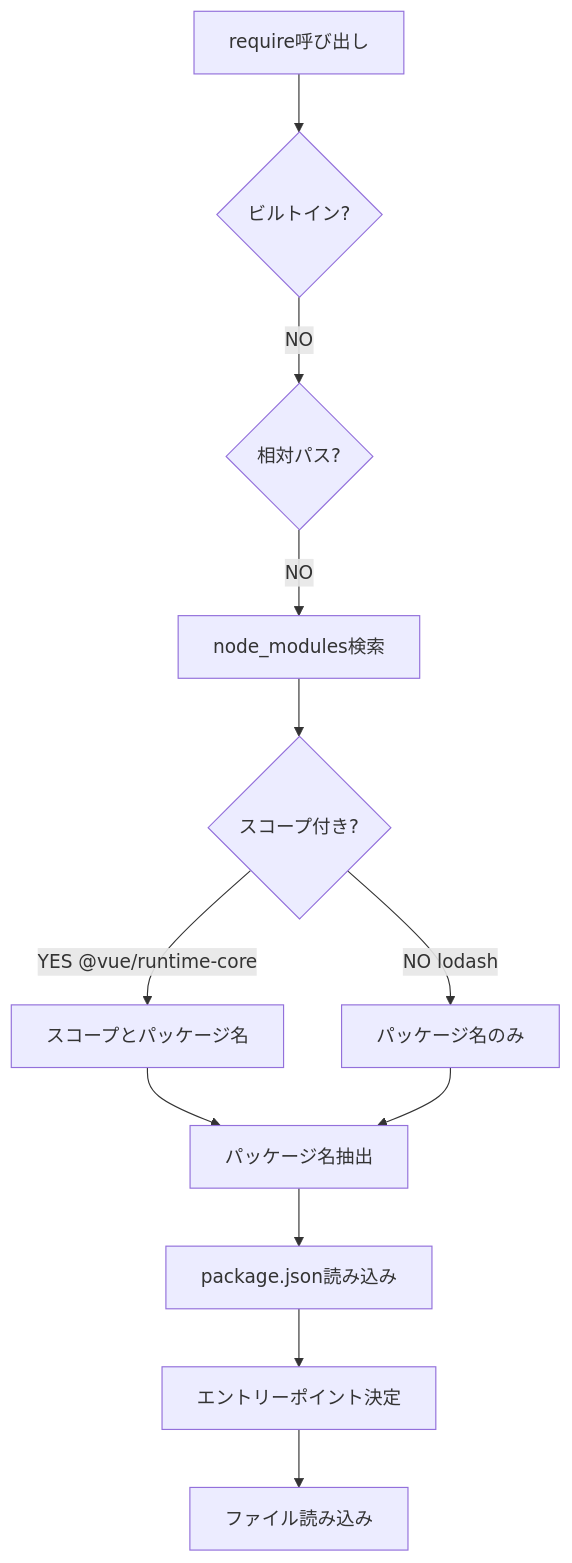
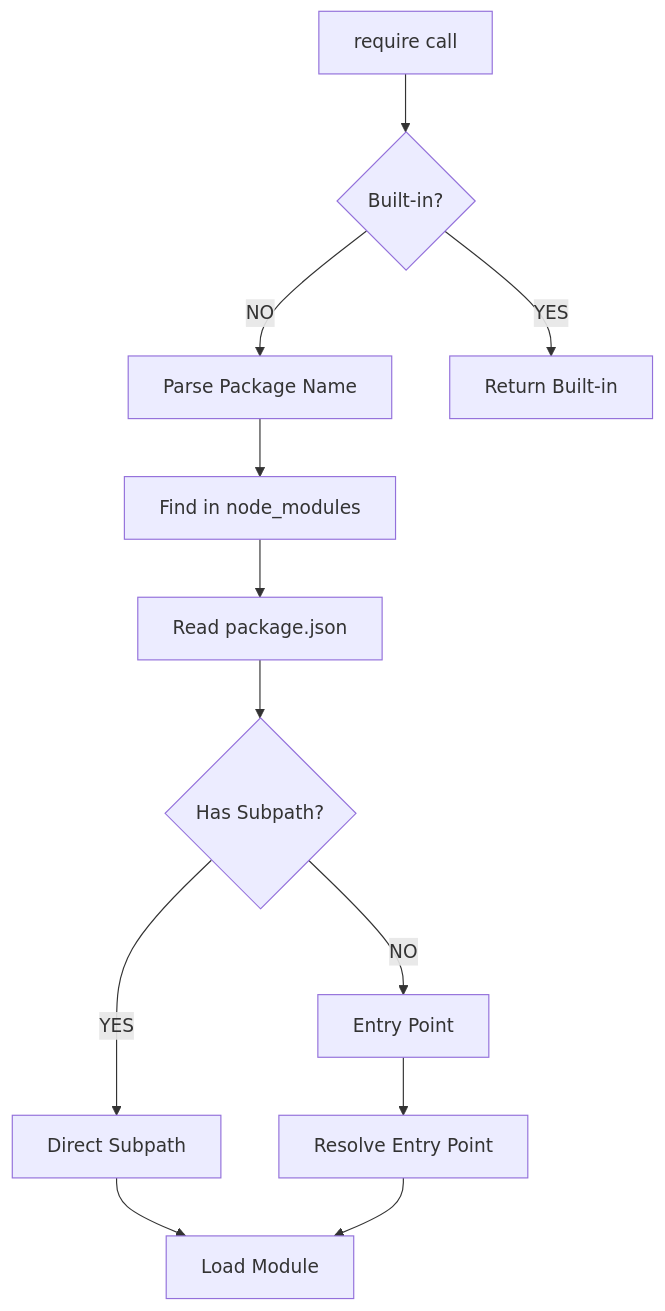
Diagram 11 of 12 in docs/NODE-RUNTIME.md (Stasshe/Pyxis-CodeCanvas), drawn with Mermaid before and after one commit. The commit also changed other lines of this file, not shown here.

````diff
--- a/docs/NODE-RUNTIME.md
+++ b/docs/NODE-RUNTIME.md
@@ -676,24 +709,25 @@
 ```mermaid
 graph TB
-    Require[require呼び出し]
-    Check1{ビルトイン?}
-    Check2{相対パス?}
-    NodeMods[node_modules検索]
-    ScopeCheck{スコープ付き?}
-    PkgName[パッケージ名抽出]
-    PkgJSON[package.json読み込み]
-    Entry[エントリーポイント決定]
-    Load[ファイル読み込み]
+    Require[require call]
+    CheckBuiltin{Built-in?}
+    ParseName[Parse Package Name]
+    FindPkg[Find in node_modules]
+    ReadPkgJSON[Read package.json]
+    ResolveEntry[Resolve Entry Point]
+    CheckSubpath{Has Subpath?}
+    DirectPath[Direct Subpath]
+    Entry[Entry Point]
+    Load[Load Module]
     
-    Require --> Check1
-    Check1 -->|NO| Check2
-    Check2 -->|NO| NodeMods
-    NodeMods --> ScopeCheck
-    ScopeCheck -->|YES @vue/runtime-core| ScopePackage[スコープとパッケージ名]
-    ScopeCheck -->|NO lodash| NormalPackage[パッケージ名のみ]
-    ScopePackage --> PkgName
-    NormalPackage --> PkgName
-    PkgName --> PkgJSON
-    PkgJSON --> Entry
-    Entry --> Load
+    Require --> CheckBuiltin
+    CheckBuiltin -->|YES| Return[Return Built-in]
+    CheckBuiltin -->|NO| ParseName
+    ParseName --> FindPkg
+    FindPkg --> ReadPkgJSON
+    ReadPkgJSON --> CheckSubpath
+    CheckSubpath -->|YES| DirectPath
+    CheckSubpath -->|NO| Entry
+    DirectPath --> Load
+    Entry --> ResolveEntry
+    ResolveEntry --> Load
 ```
````
